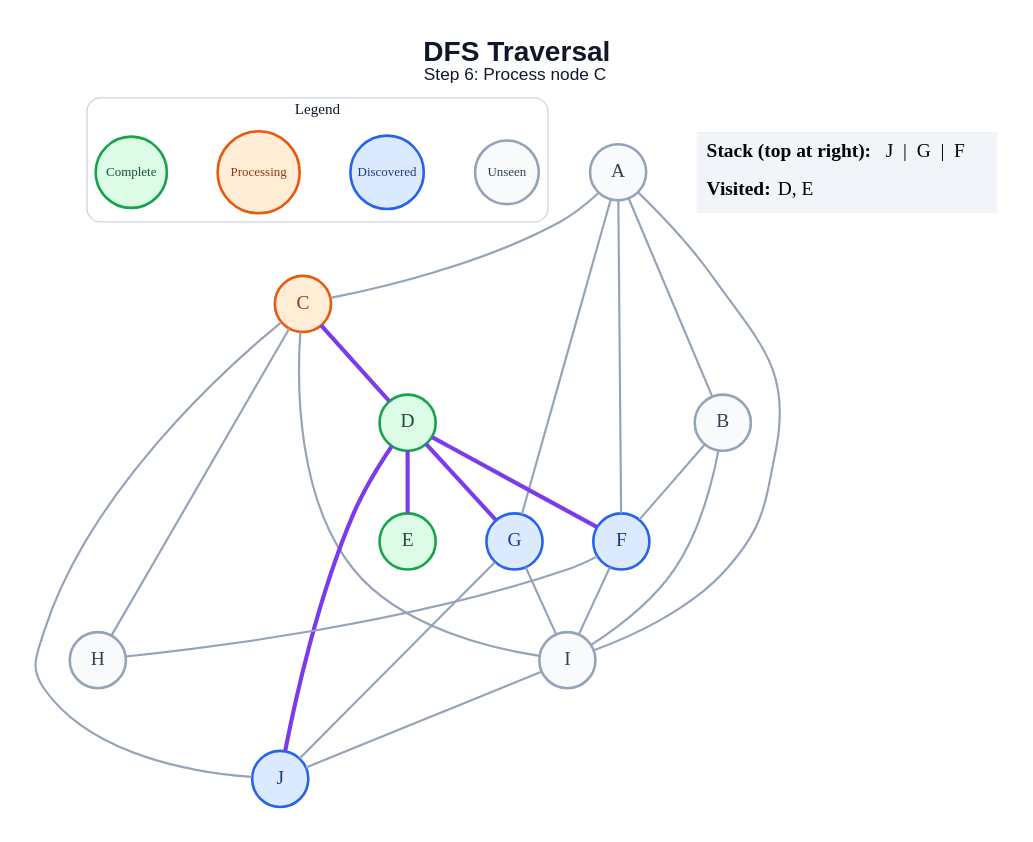
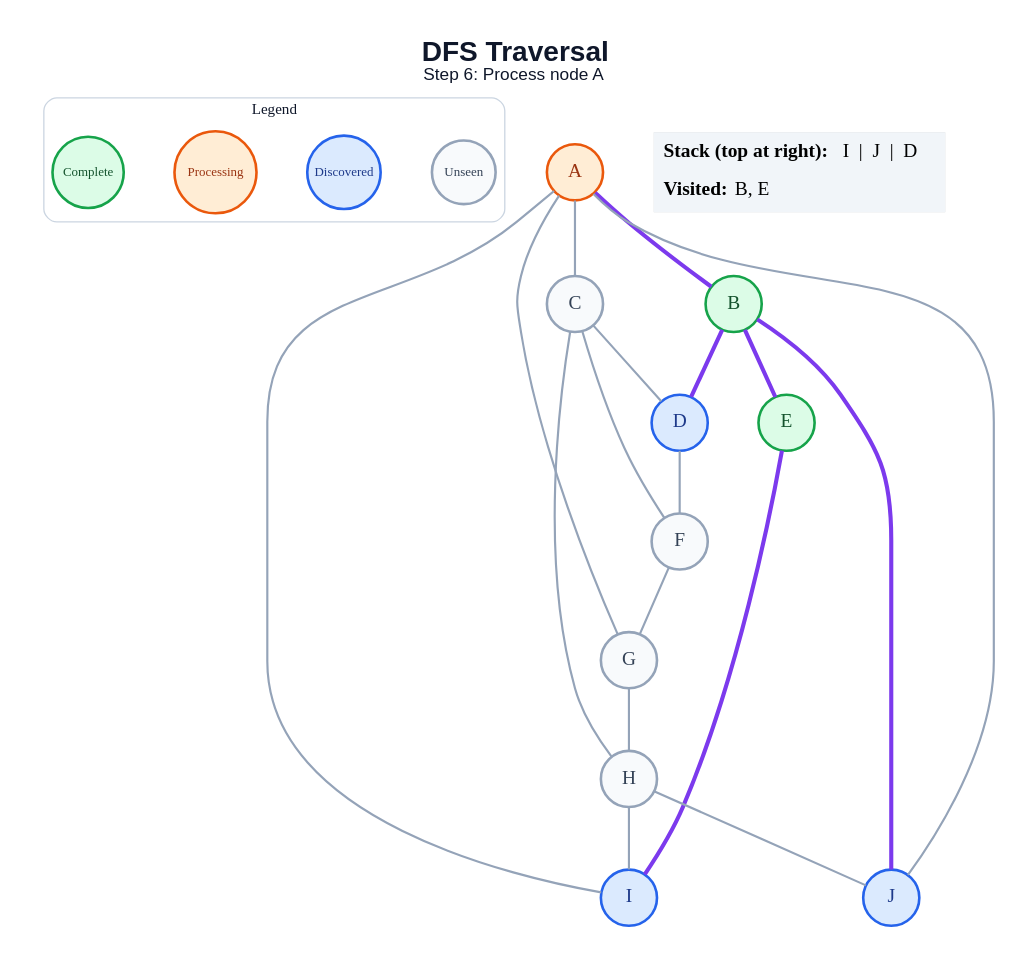
One commit to amanghodawala9/ai-slop changed the diagram in generated/specific-node/dfs/step_06.dot. Above: the diagram before and after it, drawn with Graphviz. The commit also changed 178 other files, not shown here.

```diff
--- a/generated/specific-node/dfs/step_06.dot
+++ b/generated/specific-node/dfs/step_06.dot
@@ -1,49 +1,46 @@
 graph traversal {
   graph [layout=dot, rankdir=TB, bgcolor="#FFFFFF", pad="0.35", nodesep="0.65", ranksep="0.8", fontname="Arial"];
   node [shape=circle, style="filled", fontname="Arial Bold", fontsize=18, width=0.72, fixedsize=true, penwidth=2.4];
   edge [color="#94A3B8", penwidth=2.0];
-  label=<<B>DFS Traversal</B><BR/><FONT POINT-SIZE="16">Step 6: Process node C</FONT>>; labelloc="t"; fontsize=26; fontname="Arial"; fontcolor="#0F172A";
+  label=<<B>DFS Traversal</B><BR/><FONT POINT-SIZE="16">Step 6: Process node A</FONT>>; labelloc="t"; fontsize=26; fontname="Arial"; fontcolor="#0F172A";
   subgraph cluster_legend { label="Legend"; color="#CBD5E1"; penwidth=1.2; style="rounded"; fontsize=14; fontname="Arial Bold";
     key_unseen [label="Unseen", fillcolor="#F8FAFC", color="#94A3B8", fontcolor="#334155", fontsize=12, width=0.82];
     key_frontier [label="Discovered", fillcolor="#DBEAFE", color="#2563EB", fontcolor="#1E3A8A", fontsize=12, width=0.95];
     key_current [label="Processing", fillcolor="#FFEDD5", color="#EA580C", fontcolor="#9A3412", fontsize=12, width=1.05];
     key_done [label="Complete", fillcolor="#DCFCE7", color="#16A34A", fontcolor="#14532D", fontsize=12, width=0.92];
     { rank=same; key_unseen; key_frontier; key_current; key_done; }
   }
-  A [fillcolor="#F8FAFC", color="#94A3B8", fontcolor="#334155"];
-  B [fillcolor="#F8FAFC", color="#94A3B8", fontcolor="#334155"];
-  C [fillcolor="#FFEDD5", color="#EA580C", fontcolor="#9A3412"];
-  D [fillcolor="#DCFCE7", color="#16A34A", fontcolor="#14532D"];
+  A [fillcolor="#FFEDD5", color="#EA580C", fontcolor="#9A3412"];
+  B [fillcolor="#DCFCE7", color="#16A34A", fontcolor="#14532D"];
+  C [fillcolor="#F8FAFC", color="#94A3B8", fontcolor="#334155"];
+  D [fillcolor="#DBEAFE", color="#2563EB", fontcolor="#1E3A8A"];
   E [fillcolor="#DCFCE7", color="#16A34A", fontcolor="#14532D"];
-  F [fillcolor="#DBEAFE", color="#2563EB", fontcolor="#1E3A8A"];
-  G [fillcolor="#DBEAFE", color="#2563EB", fontcolor="#1E3A8A"];
+  F [fillcolor="#F8FAFC", color="#94A3B8", fontcolor="#334155"];
+  G [fillcolor="#F8FAFC", color="#94A3B8", fontcolor="#334155"];
   H [fillcolor="#F8FAFC", color="#94A3B8", fontcolor="#334155"];
-  I [fillcolor="#F8FAFC", color="#94A3B8", fontcolor="#334155"];
+  I [fillcolor="#DBEAFE", color="#2563EB", fontcolor="#1E3A8A"];
   J [fillcolor="#DBEAFE", color="#2563EB", fontcolor="#1E3A8A"];
-  A -- B;
+  A -- B [color="#7C3AED", penwidth=3.8];
   A -- C;
-  A -- F;
   A -- G;
   A -- I;
-  B -- F;
-  B -- I;
-  C -- D [color="#7C3AED", penwidth=3.8];
+  A -- J;
+  B -- D [color="#7C3AED", penwidth=3.8];
+  B -- E [color="#7C3AED", penwidth=3.8];
+  B -- J [color="#7C3AED", penwidth=3.8];
+  C -- D;
+  C -- F;
   C -- H;
-  C -- I;
-  C -- J;
-  D -- E [color="#7C3AED", penwidth=3.8];
-  D -- F [color="#7C3AED", penwidth=3.8];
-  D -- G [color="#7C3AED", penwidth=3.8];
-  D -- J [color="#7C3AED", penwidth=3.8];
-  F -- H;
-  F -- I;
-  G -- I;
-  G -- J;
-  I -- J;
+  D -- F;
+  E -- I [color="#7C3AED", penwidth=3.8];
+  F -- G;
+  G -- H;
+  H -- I;
+  H -- J;
   status [shape=plain, fixedsize=false, width=0, height=0, margin=0, label=<
     <TABLE BORDER="0" CELLBORDER="0" CELLPADDING="7" BGCOLOR="#F1F5F9">
-      <TR><TD ALIGN="LEFT"><B>Stack (top at right):</B> J  |  G  |  F</TD></TR>
-      <TR><TD ALIGN="LEFT"><B>Visited:</B> D, E</TD></TR>
+      <TR><TD ALIGN="LEFT"><B>Stack (top at right):</B> I  |  J  |  D</TD></TR>
+      <TR><TD ALIGN="LEFT"><B>Visited:</B> B, E</TD></TR>
     </TABLE>
   >];
 }
```
